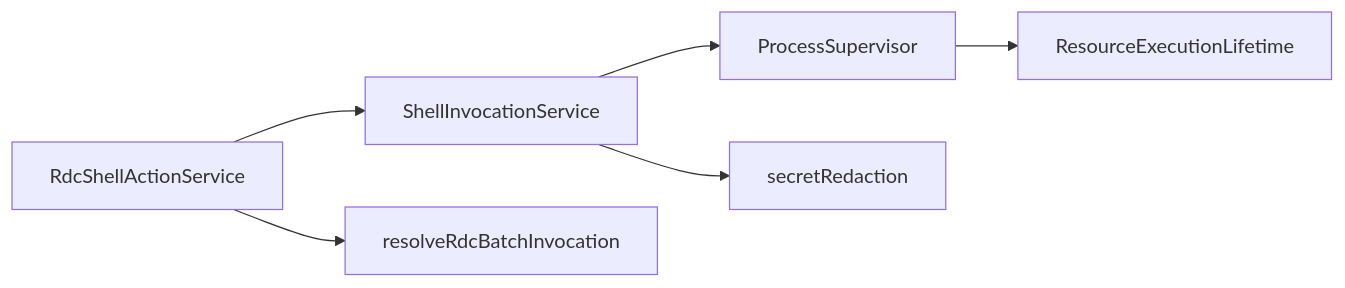
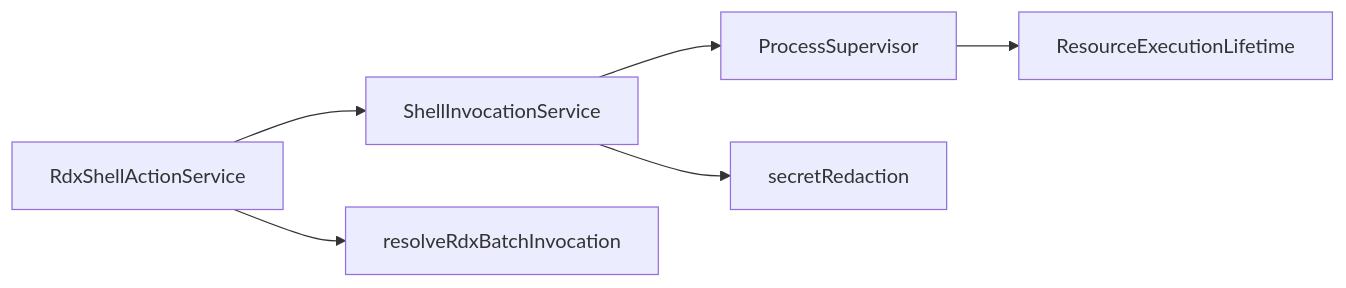
The sixth of 6 diagrams in .qoder/repowiki/zh/content/核心模块/工具系统/Shell 执行服务.md (haolange/RDC-Agent), drawn with Mermaid before and after one commit. The commit also changed other lines of this file and 150 other files, not shown here.

````diff
--- a/.qoder/repowiki/zh/content/核心模块/工具系统/Shell 执行服务.md
+++ b/.qoder/repowiki/zh/content/核心模块/工具系统/Shell 执行服务.md
@@ -267,8 +267,8 @@
 ```mermaid
 graph LR
 Svc["ShellInvocationService"] --> PS["ProcessSupervisor"]
-Act["RdcShellActionService"] --> Svc
-Act --> Res["resolveRdcBatchInvocation"]
+Act["RdxShellActionService"] --> Svc
+Act --> Res["resolveRdxBatchInvocation"]
 PS --> RL["ResourceExecutionLifetime"]
 Svc --> Redact["secretRedaction"]
 ```
````
